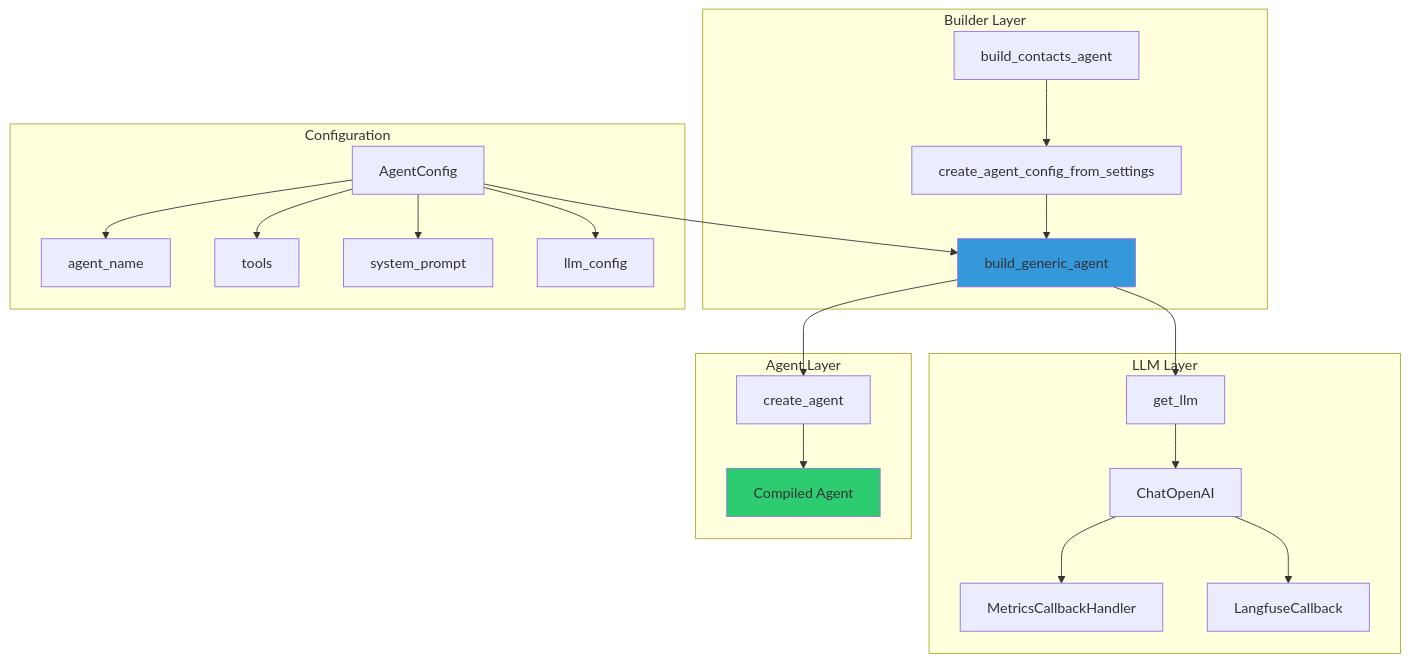
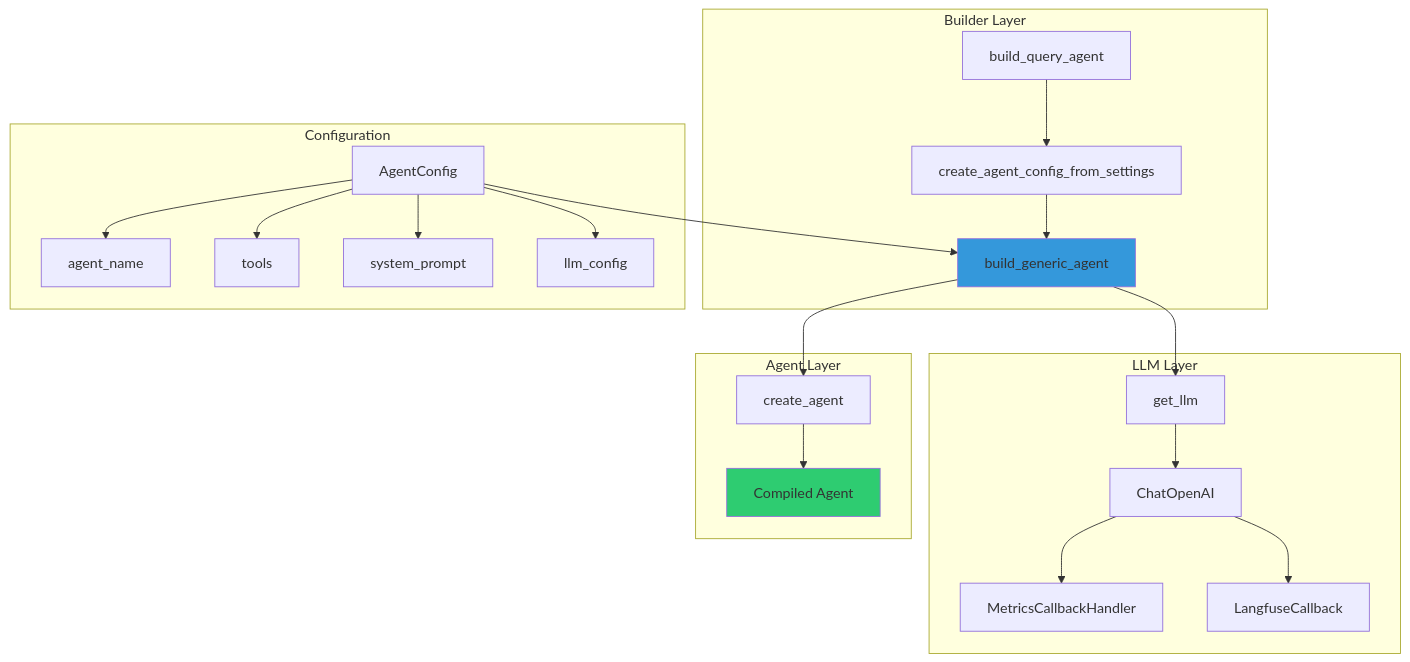
The fourth of 6 diagrams in docs/technical/AGENTS.md (jgouviergmail/LIA-Assistant), drawn with Mermaid before and after one commit. The commit also changed other lines of this file and 612 other files, not shown here.

````diff
--- a/docs/technical/AGENTS.md
+++ b/docs/technical/AGENTS.md
@@ -711,30 +686,30 @@
 ```mermaid
 graph TB
     subgraph "Builder Layer"
-        A[build_contacts_agent] --> B[create_agent_config_from_settings]
+        A[build_query_agent] --> B[create_agent_config_from_settings]
         B --> C[build_generic_agent]
     end
 
     subgraph "Configuration"
         D[AgentConfig] --> C
         D --> E[agent_name]
         D --> F[tools]
         D --> G[system_prompt]
         D --> H[llm_config]
     end
 
     subgraph "LLM Layer"
         C --> I[get_llm]
         I --> J[ChatOpenAI]
         J --> K[MetricsCallbackHandler]
         J --> L[LangfuseCallback]
     end
 
     subgraph "Agent Layer"
         C --> M[create_agent]
         M --> N[Compiled Agent]
     end
 
     style C fill:#3498db
     style N fill:#2ecc71
 ```
````
